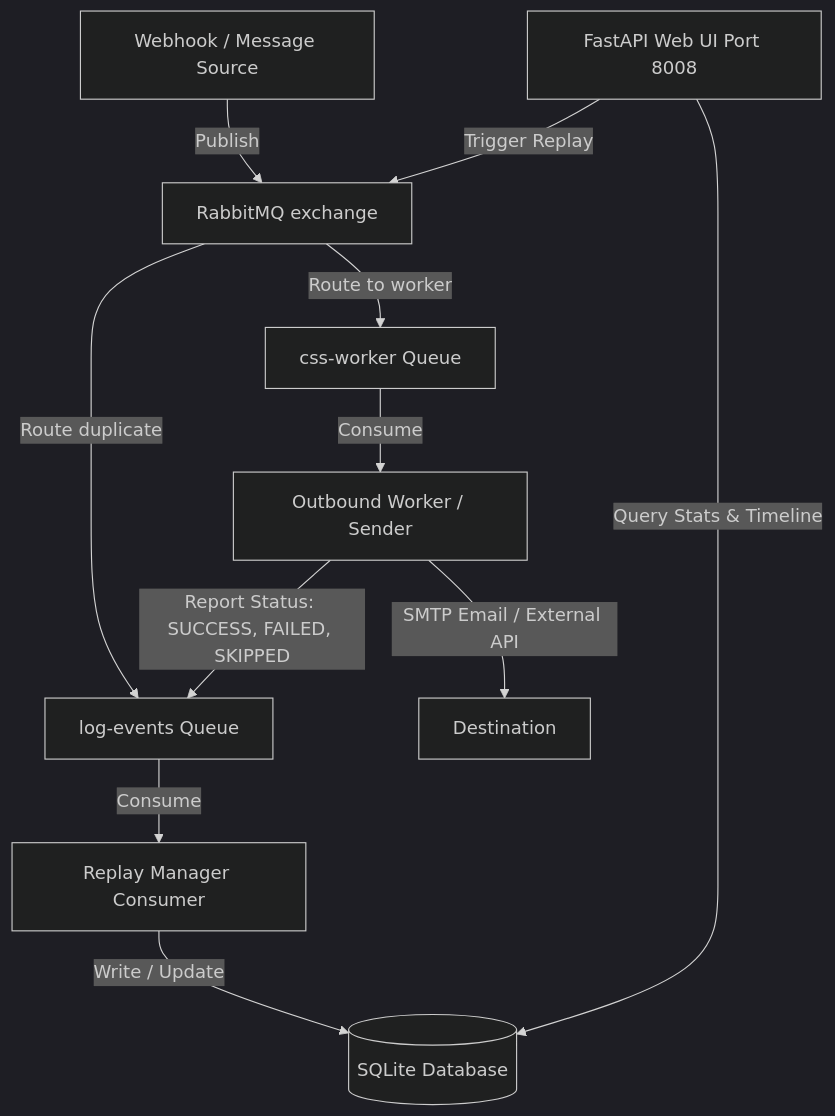
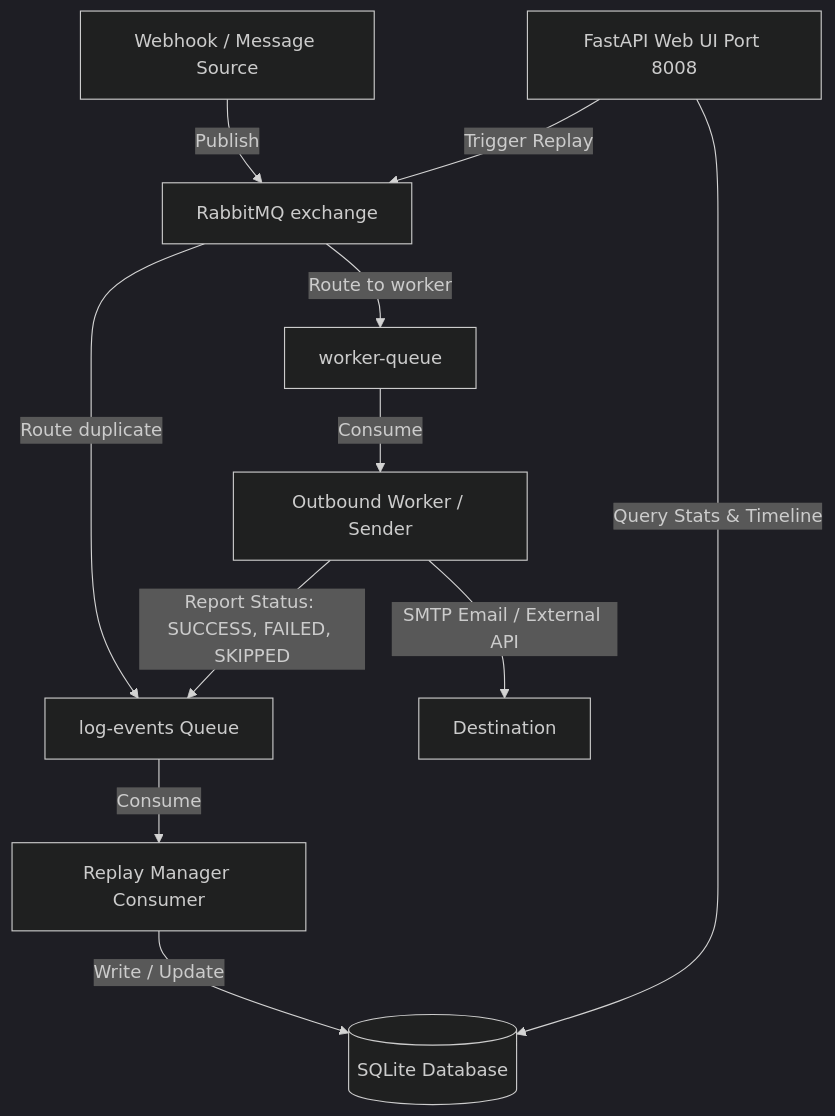
One commit to Volodymyr80/ReplayManager changed the diagram in README.md. Above: the diagram before and after it, drawn with Mermaid (dark theme). The commit also changed other lines of this file, not shown here.

Commit message:
docs: replace proprietary queue names with neutral ones in README.md

````diff
--- a/README.md
+++ b/README.md
@@ -25,16 +25,16 @@
 ```mermaid
 graph TD
     Source[Webhook / Message Source] -->|Publish| Ex[RabbitMQ exchange]
-    Ex -->|Route to worker| Q1[css-worker Queue]
+    Ex -->|Route to worker| Q1[worker-queue]
     Ex -->|Route duplicate| Q2[log-events Queue]
     
     Q1 -->|Consume| Sender[Outbound Worker / Sender]
     Sender -->|SMTP Email / External API| Target[Destination]
     Sender -->|Report Status: SUCCESS, FAILED, SKIPPED| Q2
     
     Q2 -->|Consume| Logger[Replay Manager Consumer]
     Logger -->|Write / Update| DB[(SQLite Database)]
     
     UI[FastAPI Web UI Port 8008] -->|Query Stats & Timeline| DB
     UI -->|Trigger Replay| Ex
 ```
````
